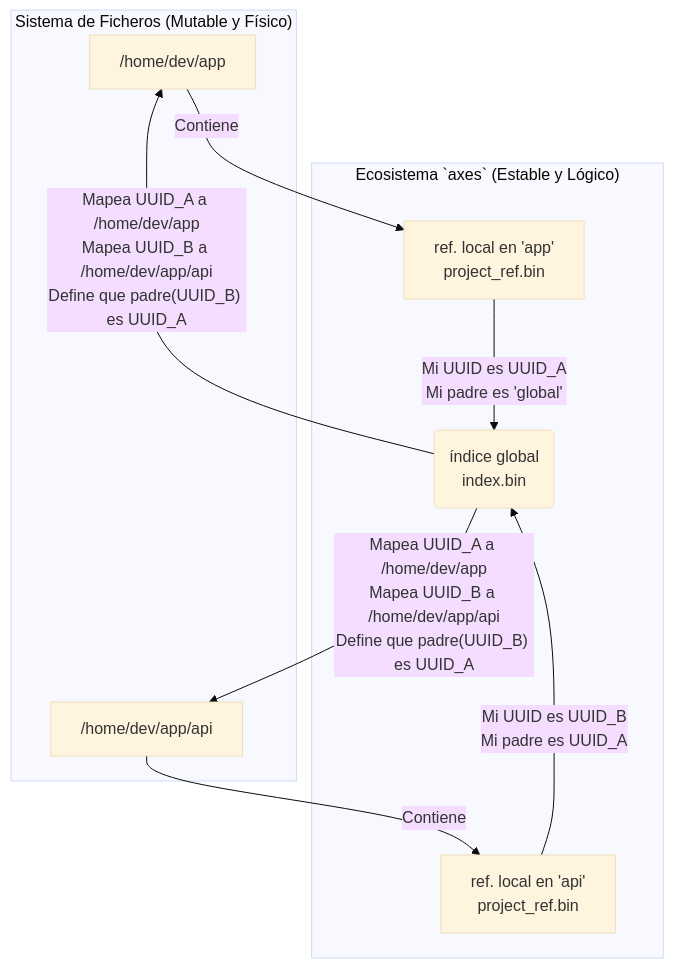
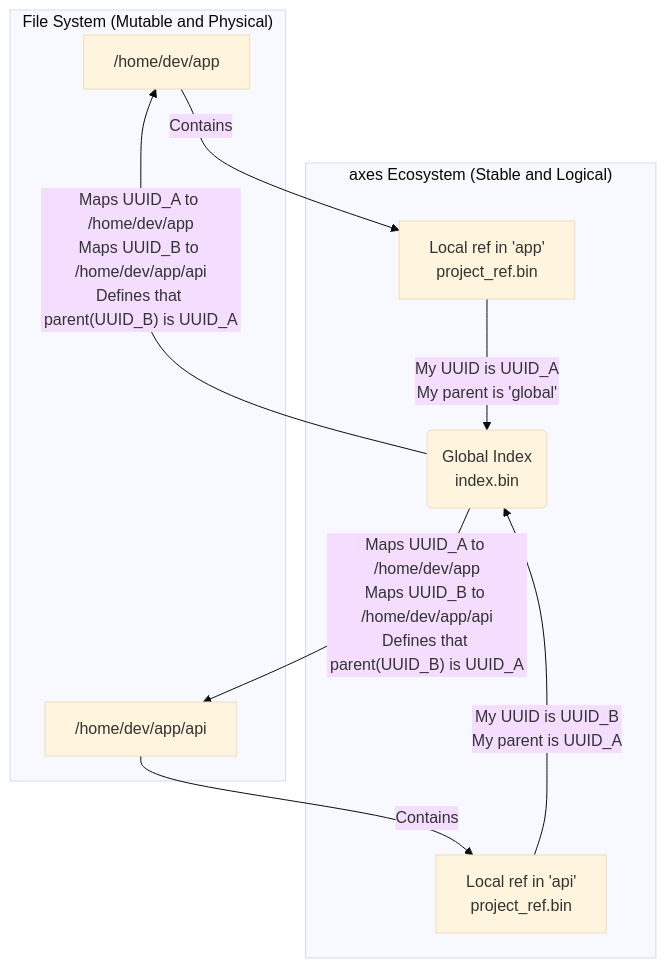
The first of 6 diagrams in TECNICAL.md (RetypeOS/axes), drawn with Mermaid (base theme) before and after one commit. The commit also changed other lines of this file and 2 other files, not shown here.

````diff
--- a/TECNICAL.md
+++ b/TECNICAL.md
@@ -35,20 +35,20 @@
 ```mermaid
 graph TD
-    subgraph "Sistema de Ficheros (Mutable y Físico)"
+    subgraph "File System (Mutable and Physical)"
         A["/home/dev/app"]
         B["/home/dev/app/api"]
     end
 
-    subgraph "Ecosistema `axes` (Estable y Lógico)"
-        C(índice global<br>index.bin)
-        D["ref. local en 'app'<br>project_ref.bin"]
-        E["ref. local en 'api'<br>project_ref.bin"]
+    subgraph "axes Ecosystem (Stable and Logical)"
+        C(Global Index<br>index.bin)
+        D["Local ref in 'app'<br>project_ref.bin"]
+        E["Local ref in 'api'<br>project_ref.bin"]
     end
 
-    A --"Contiene"--> D
-    B --"Contiene"--> E
+    A --"Contains"--> D
+    B --"Contains"--> E
     
-    C --"Mapea UUID_A a /home/dev/app<br>Mapea UUID_B a /home/dev/app/api<br>Define que padre(UUID_B) es UUID_A"--> A & B
-    D --"Mi UUID es UUID_A<br>Mi padre es 'global'"--> C
-    E --"Mi UUID es UUID_B<br>Mi padre es UUID_A"--> C
+    C --"Maps UUID_A to /home/dev/app<br>Maps UUID_B to /home/dev/app/api<br>Defines that parent(UUID_B) is UUID_A"--> A & B
+    D --"My UUID is UUID_A<br>My parent is 'global'"--> C
+    E --"My UUID is UUID_B<br>My parent is UUID_A"--> C
 ```
````
